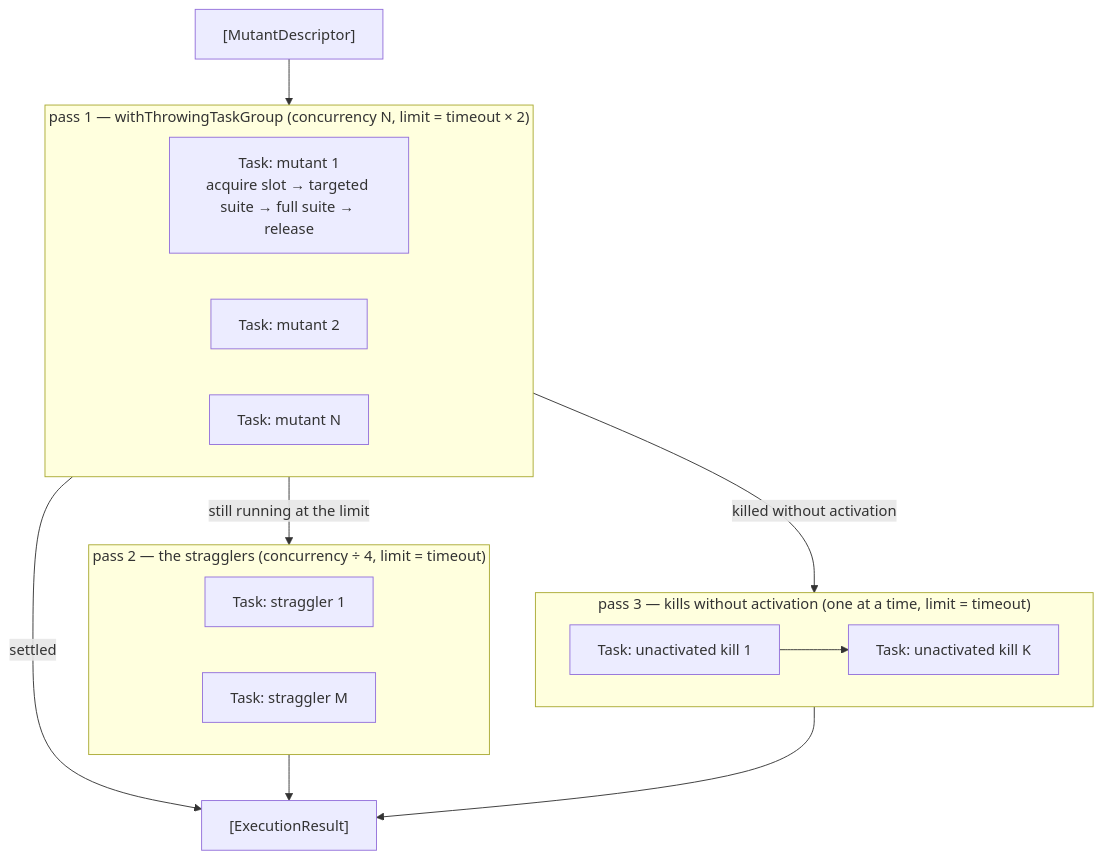
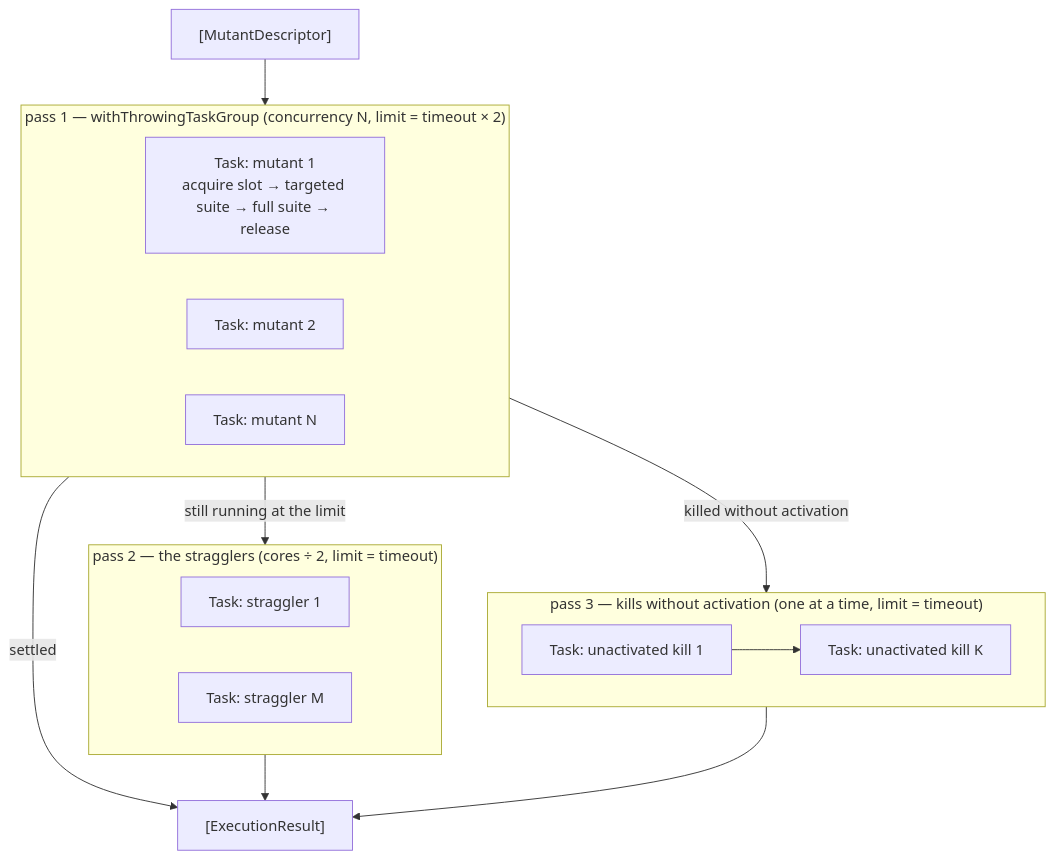
Before and after one commit to ericodx/swift-mutation-testing: the third of 6 diagrams in Docs/Architecture/03-execution.md, drawn with Mermaid. The commit also changed other lines of this file and 3 other files, not shown here.

Commit message:
docs: describe the straggler pass sized by cores and the warm sandbox share that stayed a quarter of the workers

````diff
--- a/Docs/Architecture/03-execution.md
+++ b/Docs/Architecture/03-execution.md
@@ -145,18 +145,18 @@
 ```mermaid
 flowchart TD
     MUTANTS["[MutantDescriptor]"] --> TG
     subgraph TG["pass 1 — withThrowingTaskGroup (concurrency N, limit = timeout × 2)"]
         T1["Task: mutant 1\nacquire slot → targeted suite → full suite → release"] & T2["Task: mutant 2"] & T3["Task: mutant N"]
     end
     TG -- settled --> RESULTS["[ExecutionResult]"]
     TG -- still running at the limit --> SG
-    subgraph SG["pass 2 — the stragglers (concurrency ÷ 4, limit = timeout)"]
+    subgraph SG["pass 2 — the stragglers (cores ÷ 2, limit = timeout)"]
         S1["Task: straggler 1"] & S2["Task: straggler M"]
     end
     SG --> RESULTS
     TG -- killed without activation --> RG
     subgraph RG["pass 3 — kills without activation (one at a time, limit = timeout)"]
         R1["Task: unactivated kill 1"] --> R2["Task: unactivated kill K"]
     end
     RG --> RESULTS
 ```
````
